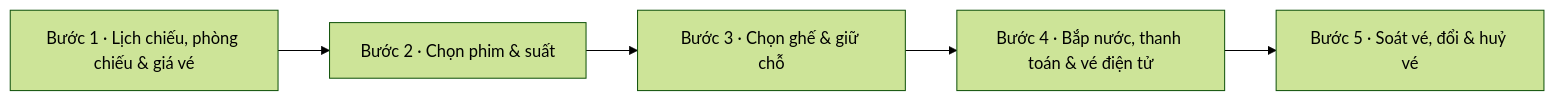
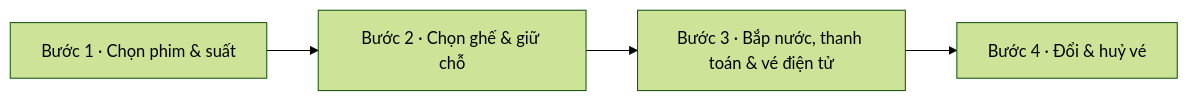
Before and after one commit to uxfoundation-vn/de08-dat-ve-xem-phim: the first of 5 diagrams in docs/PRD.md, drawn with Mermaid (forest theme). The commit also changed other lines of this file and 2 other files, not shown here.

First line of the commit message:
Đề 8: chỉ giữ luồng của khách

````diff
--- a/docs/PRD.md
+++ b/docs/PRD.md
@@ -261,12 +221,10 @@
 ```mermaid
 flowchart LR
-  L1["Bước 1 · Lịch chiếu, phòng chiếu & giá vé"]
-  L2["Bước 2 · Chọn phim & suất"]
-  L3["Bước 3 · Chọn ghế & giữ chỗ"]
-  L4["Bước 4 · Bắp nước, thanh toán & vé điện tử"]
-  L5["Bước 5 · Soát vé, đổi & huỷ vé"]
+  L1["Bước 1 · Chọn phim & suất"]
+  L2["Bước 2 · Chọn ghế & giữ chỗ"]
+  L3["Bước 3 · Bắp nước, thanh toán & vé điện tử"]
+  L4["Bước 4 · Đổi & huỷ vé"]
   L1 --> L2
   L2 --> L3
   L3 --> L4
-  L4 --> L5
 ```
````
